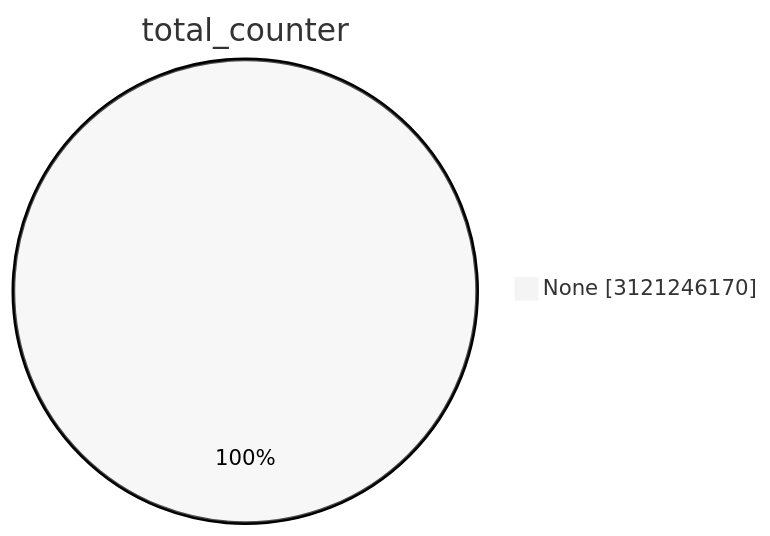
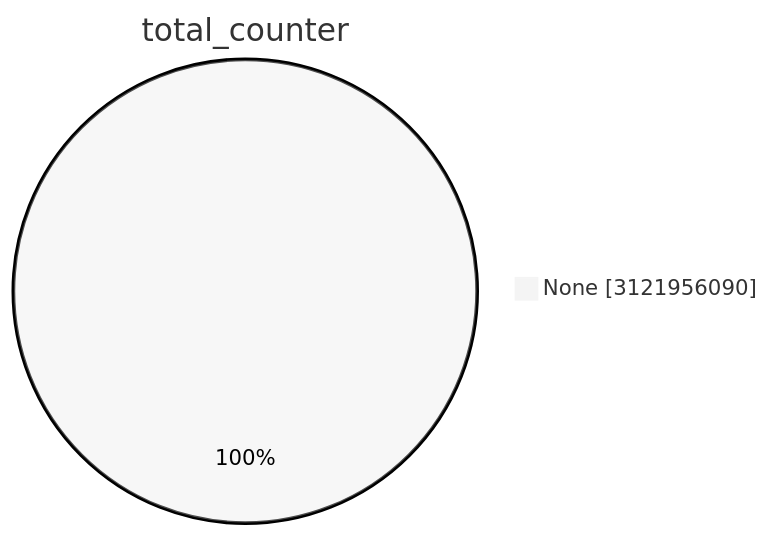
One commit to christiankrug/ctmonitor_visualization changed the first of 15 diagrams in TOTAL/README.md. Above: the diagram before and after it, drawn with Mermaid (neutral theme). The commit also changed other lines of this file, not shown here.

````diff
--- a/TOTAL/README.md
+++ b/TOTAL/README.md
@@ -1,5 +1,5 @@
 ```mermaid
 pie showData
 title total_counter
-"None" :3121246170
+"None" :3121956090
 ```
````
